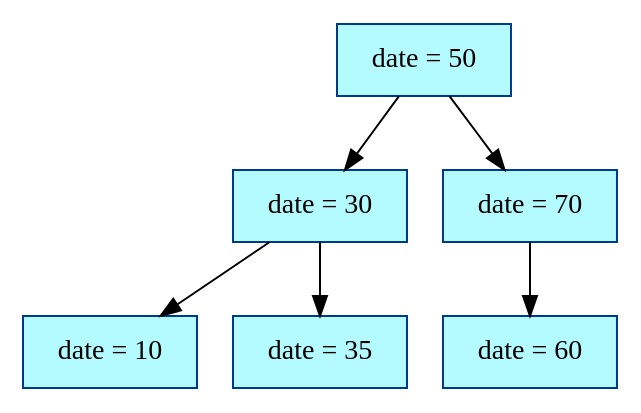
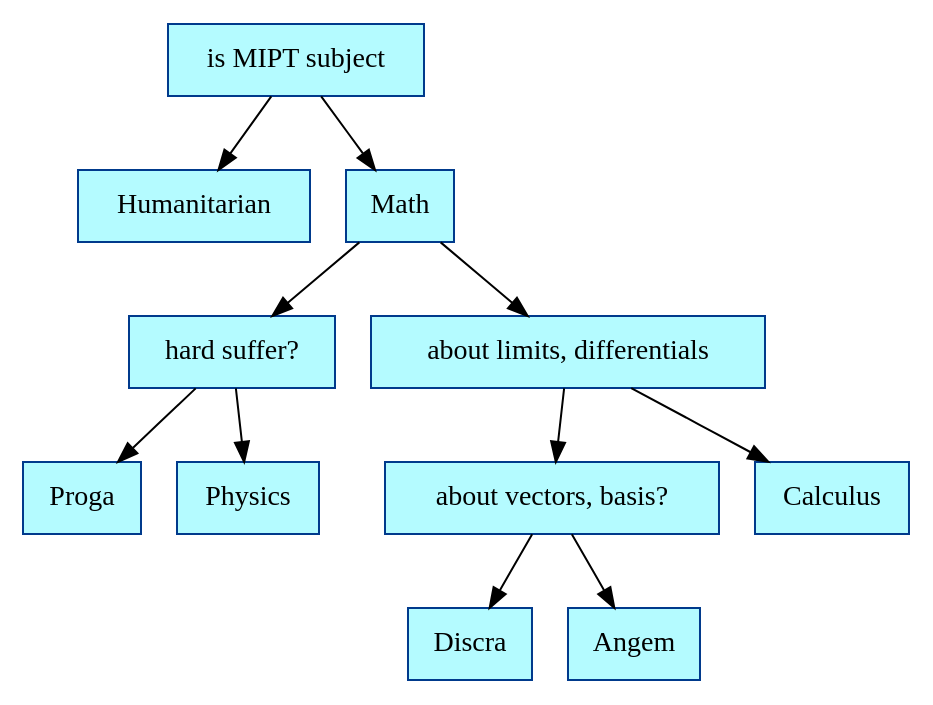
One commit to Dariazeml1007/Tree changed the diagram in dump.dot. Above: the diagram before and after it, drawn with Graphviz. The commit also changed 10 other files, not shown here.

```diff
--- a/dump.dot
+++ b/dump.dot
@@ -1,17 +1,27 @@
 digraph structs {
 rankdir=HR;
 node[color= "#003A8C",style="filled", fillcolor="#B4FBFF", fontsize=14];
 edge[color="black", weight = 9,fontsize=14];
-el_0061FF10 [shape=record, label= "date = 50"];
-el_0061FF04 [shape=record, label= "date = 30"];
-el_01051620 [shape=record, label= "date = 10"];
-el_01051638 [shape=record, label= "date = 35"];
-el_0061FEF8 [shape=record, label= "date = 70"];
-el_01051650 [shape=record, label= "date = 60"];
-el_0061FF10->el_0061FF04;
-el_0061FF04->el_01051620;
-el_0061FF04->el_01051638;
-el_0061FF10->el_0061FEF8;
-el_0061FEF8->el_01051650;
+el_0061FF10 [shape=record, label= "is MIPT subject"];
+el_00F42998 [shape=record, label= "Humanitarian"];
+el_00F418E0 [shape=record, label= "Math"];
+el_00F42950 [shape=record, label= "hard suffer?"];
+el_00F42980 [shape=record, label= "Proga"];
+el_00F42968 [shape=record, label= "Physics"];
+el_00F428D8 [shape=record, label= "about limits, differentials"];
+el_00F42908 [shape=record, label= "about vectors, basis?"];
+el_00F42938 [shape=record, label= "Discra"];
+el_00F42920 [shape=record, label= "Angem"];
+el_00F428F0 [shape=record, label= "Calculus"];
+el_0061FF10->el_00F42998;
+el_0061FF10->el_00F418E0;
+el_00F418E0->el_00F42950;
+el_00F42950->el_00F42980;
+el_00F42950->el_00F42968;
+el_00F418E0->el_00F428D8;
+el_00F428D8->el_00F42908;
+el_00F42908->el_00F42938;
+el_00F42908->el_00F42920;
+el_00F428D8->el_00F428F0;
 
 }
```
